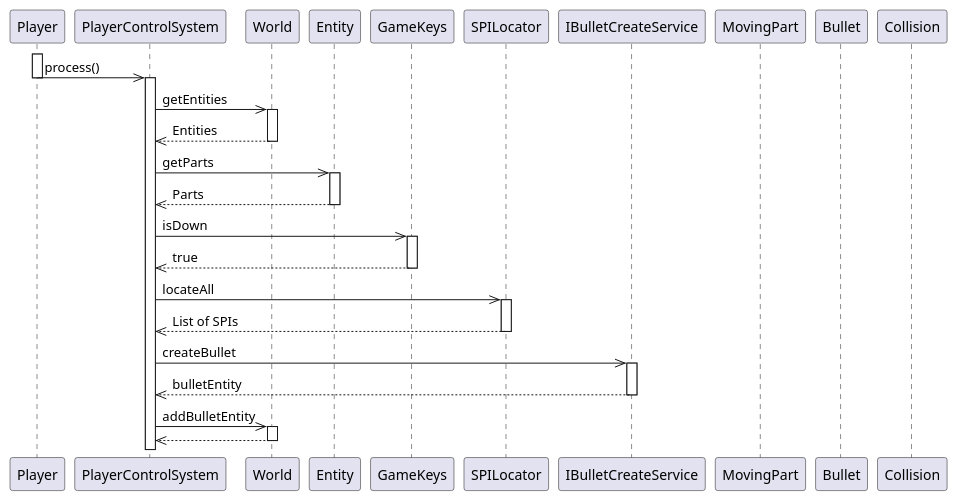
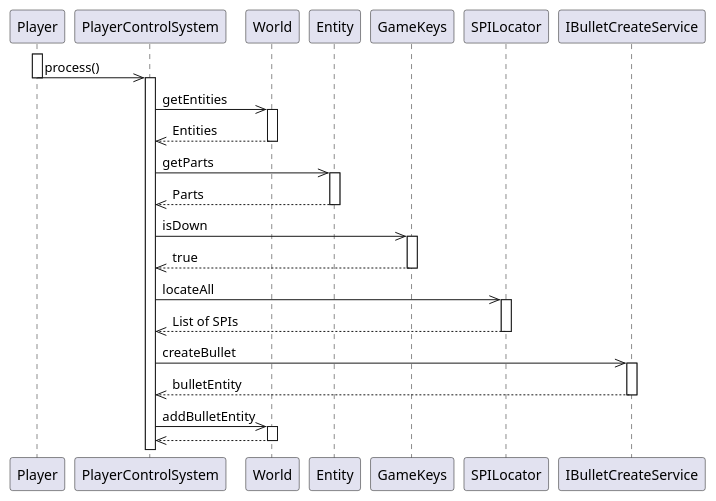
Before and after one commit to JfriisJ/SI4-KBS: the diagram in MyAsteroidsGame/Docs/Sequence diagram/BulletControlSystem_Createbullet.puml, drawn with PlantUML. The commit also changed 5 other files, not shown here.

Commit message:
added diagrams

```diff
--- a/MyAsteroidsGame/Docs/Sequence diagram/BulletControlSystem_Createbullet.puml
+++ b/MyAsteroidsGame/Docs/Sequence diagram/BulletControlSystem_Createbullet.puml
@@ -1,56 +1,56 @@
 @startuml
     participant Player
     participant PlayerControlSystem
     participant World
     participant Entity
     participant GameKeys
     participant SPILocator
     participant IBulletCreateService
-    participant MovingPart
-    participant Bullet
-    participant Collision
+'    participant MovingPart
+'    participant Bullet
+'    participant Collision
 
     activate Player
     Player ->> PlayerControlSystem: process()
     deactivate Player
     activate PlayerControlSystem
     PlayerControlSystem ->> World: getEntities
     activate World
     World -->> PlayerControlSystem: Entities
     deactivate World
     PlayerControlSystem->>Entity: getParts
     activate Entity
     Entity-->>PlayerControlSystem: Parts
     deactivate Entity
     PlayerControlSystem->>GameKeys: isDown
     activate GameKeys
     GameKeys-->>PlayerControlSystem: true
     deactivate GameKeys
     PlayerControlSystem->>SPILocator: locateAll
     activate SPILocator
     SPILocator-->>PlayerControlSystem: List of SPIs
     deactivate SPILocator
     PlayerControlSystem->>IBulletCreateService: createBullet
     activate IBulletCreateService
     IBulletCreateService-->>PlayerControlSystem: bulletEntity
     deactivate IBulletCreateService
     PlayerControlSystem->>World: addBulletEntity
     activate World
     World-->>PlayerControlSystem:
     deactivate World
 
 '    PlayerControlSystem->>MovingPart: process
 '    activate MovingPart
 '    MovingPart->>Entity:getPart
 '    activate Entity
 '    Entity-->>MovingPart: Part
 '    deactivate Entity
 '    MovingPart-->>PlayerControlSystem:
 '    deactivate MovingPart
 '
 '    PlayerControlSystem->>PositionPart: process
 '    activate PositionPart
 '    PositionPart->>Entity:getPar
 
 
 @enduml
```
